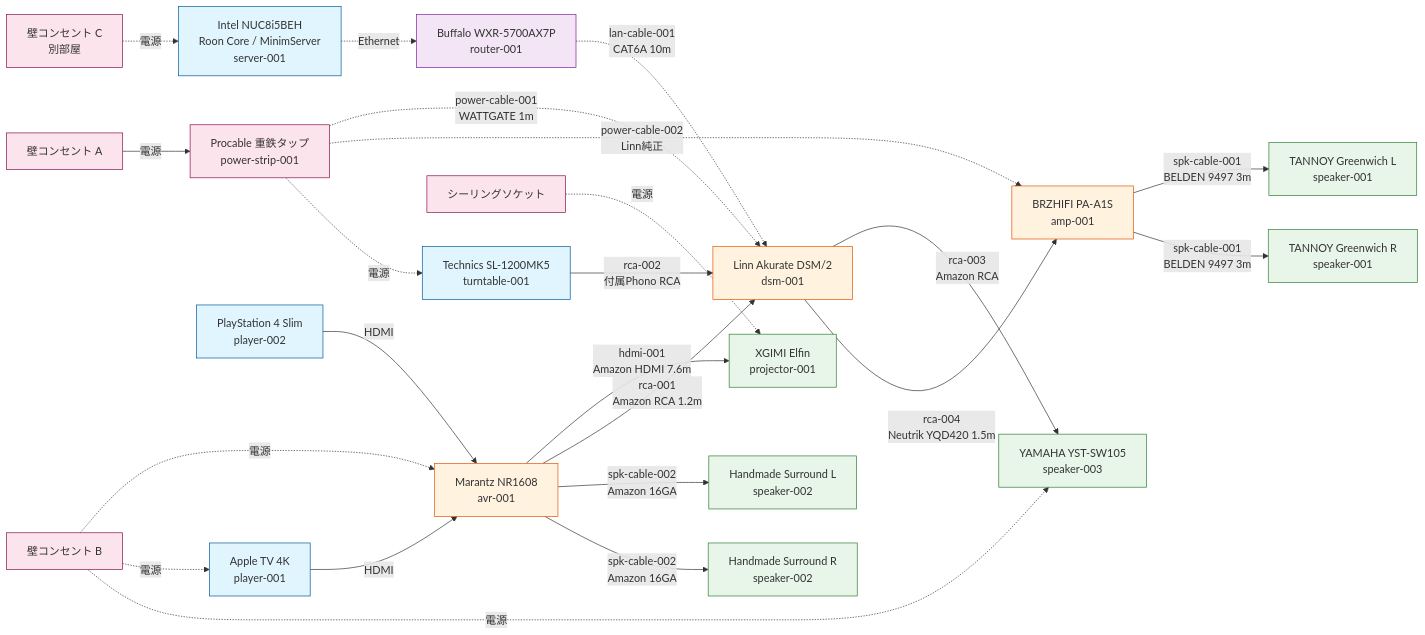
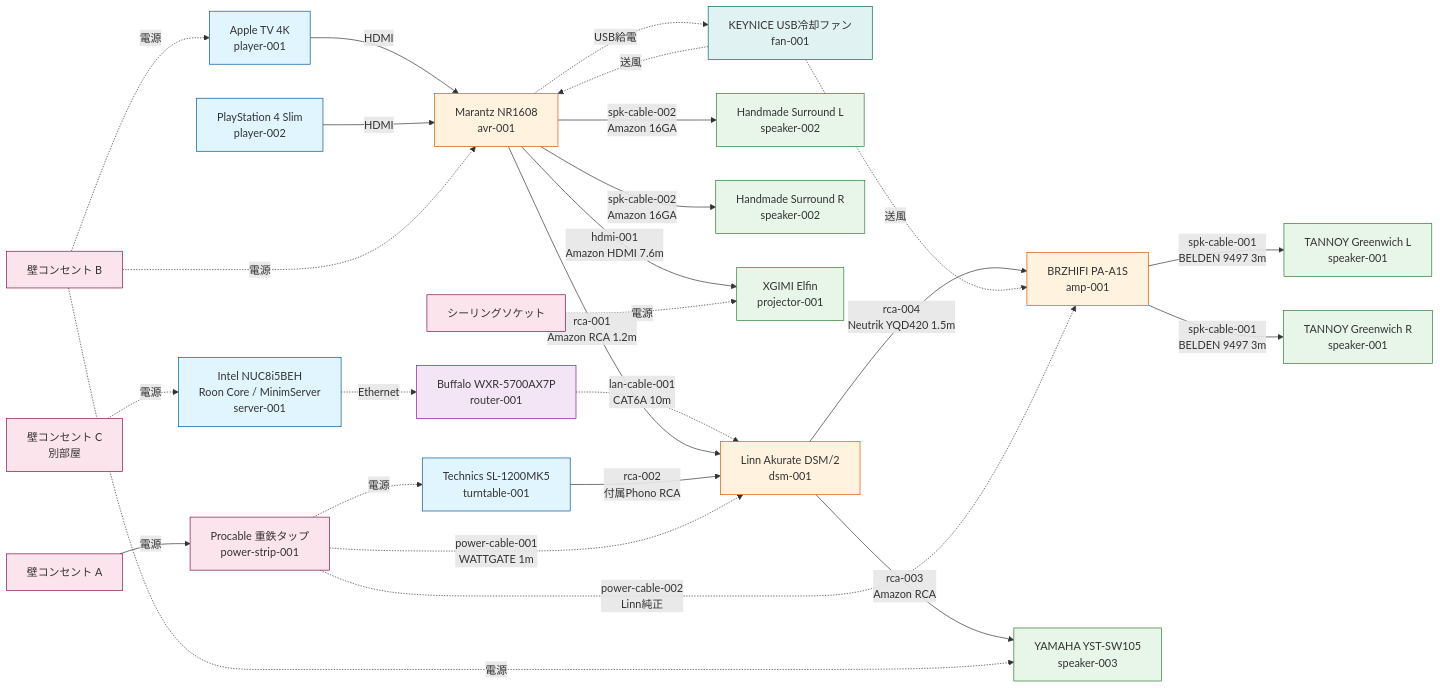
Before and after one commit to tamatebox/audio-infra: the diagram in topology/system_diagram.mmd, drawn with Mermaid. The commit also changed 2 other files, not shown here.

```diff
--- a/topology/system_diagram.mmd
+++ b/topology/system_diagram.mmd
@@ -1,85 +1,95 @@
 %% Audio System Topology
 %% 機材(Node)とケーブル(Edge)の接続関係を記述
 
 graph LR
     %% ========== ソース機器 ==========
     NUC[Intel NUC8i5BEH<br/>Roon Core / MinimServer<br/>server-001]
     SL1200[Technics SL-1200MK5<br/>turntable-001]
     ATV[Apple TV 4K<br/>player-001]
     PS4[PlayStation 4 Slim<br/>player-002]
 
     %% ========== プロセッサ / アンプ ==========
     DSM[Linn Akurate DSM/2<br/>dsm-001]
     AMP[BRZHIFI PA-A1S<br/>amp-001]
     AVR[Marantz NR1608<br/>avr-001]
 
     %% ========== 出力機器 ==========
     TANNOY_L[TANNOY Greenwich L<br/>speaker-001]
     TANNOY_R[TANNOY Greenwich R<br/>speaker-001]
     SUR_L[Handmade Surround L<br/>speaker-002]
     SUR_R[Handmade Surround R<br/>speaker-002]
     SUB[YAMAHA YST-SW105<br/>speaker-003]
     PROJ[XGIMI Elfin<br/>projector-001]
+
+    %% ========== アクセサリ ==========
+    FAN[KEYNICE USB冷却ファン<br/>fan-001]
 
     %% ========== ネットワーク ==========
     ROUTER[Buffalo WXR-5700AX7P<br/>router-001]
 
     %% ========== 電源 ==========
     OUTLET_A[壁コンセント A]
     OUTLET_B[壁コンセント B]
     OUTLET_C[壁コンセント C<br/>別部屋]
     CEILING[シーリングソケット]
     POWER_STRIP[Procable 重鉄タップ<br/>power-strip-001]
 
     %% ========== 信号経路 ==========
 
     %% ネットワーク
     NUC -.->|Ethernet| ROUTER
     ROUTER -.->|lan-cable-001<br/>CAT6A 10m| DSM
 
     %% 映像/サラウンド系 (AVR中心)
     ATV -->|HDMI| AVR
     PS4 -->|HDMI| AVR
     AVR -->|hdmi-001<br/>Amazon HDMI 7.6m| PROJ
     AVR -->|rca-001<br/>Amazon RCA 1.2m| DSM
     AVR -->|spk-cable-002<br/>Amazon 16GA| SUR_L
     AVR -->|spk-cable-002<br/>Amazon 16GA| SUR_R
 
     %% 2chオーディオ系 (Linn DSM + パワーアンプ)
     SL1200 -->|rca-002<br/>付属Phono RCA| DSM
     DSM -->|rca-003<br/>Amazon RCA| SUB
     DSM -->|rca-004<br/>Neutrik YQD420 1.5m| AMP
     AMP -->|spk-cable-001<br/>BELDEN 9497 3m| TANNOY_L
     AMP -->|spk-cable-001<br/>BELDEN 9497 3m| TANNOY_R
 
+    %% ========== 冷却 ==========
+    AVR -.->|USB給電| FAN
+    FAN -.->|送風| AMP
+    FAN -.->|送風| AVR
+
     %% ========== 電源経路 ==========
 
     %% 壁コンセントA → 重鉄タップ → 2chオーディオ系専用
     OUTLET_A -->|電源| POWER_STRIP
     POWER_STRIP -.->|power-cable-001<br/>WATTGATE 1m| DSM
     POWER_STRIP -.->|power-cable-002<br/>Linn純正| AMP
     POWER_STRIP -.->|電源| SL1200
 
     %% 壁コンセントB → AV系機器
     OUTLET_B -.->|電源| AVR
     OUTLET_B -.->|電源| ATV
     OUTLET_B -.->|電源| SUB
 
     %% 壁コンセントC（別部屋） → NUC
     OUTLET_C -.->|電源| NUC
 
     %% シーリングソケット → プロジェクター
     CEILING -.->|電源| PROJ
 
     %% ========== スタイリング ==========
     classDef source fill:#e1f5fe,stroke:#01579b
     classDef processor fill:#fff3e0,stroke:#e65100
     classDef output fill:#e8f5e9,stroke:#2e7d32
     classDef power fill:#fce4ec,stroke:#880e4f
     classDef network fill:#f3e5f5,stroke:#7b1fa2
 
     class NUC,SL1200,ATV,PS4 source
     class DSM,AMP,AVR processor
+    classDef accessory fill:#e0f2f1,stroke:#00695c
     class TANNOY_L,TANNOY_R,SUR_L,SUR_R,SUB,PROJ output
+    class FAN accessory
     class OUTLET_A,OUTLET_B,OUTLET_C,CEILING,POWER_STRIP power
     class ROUTER network
```
